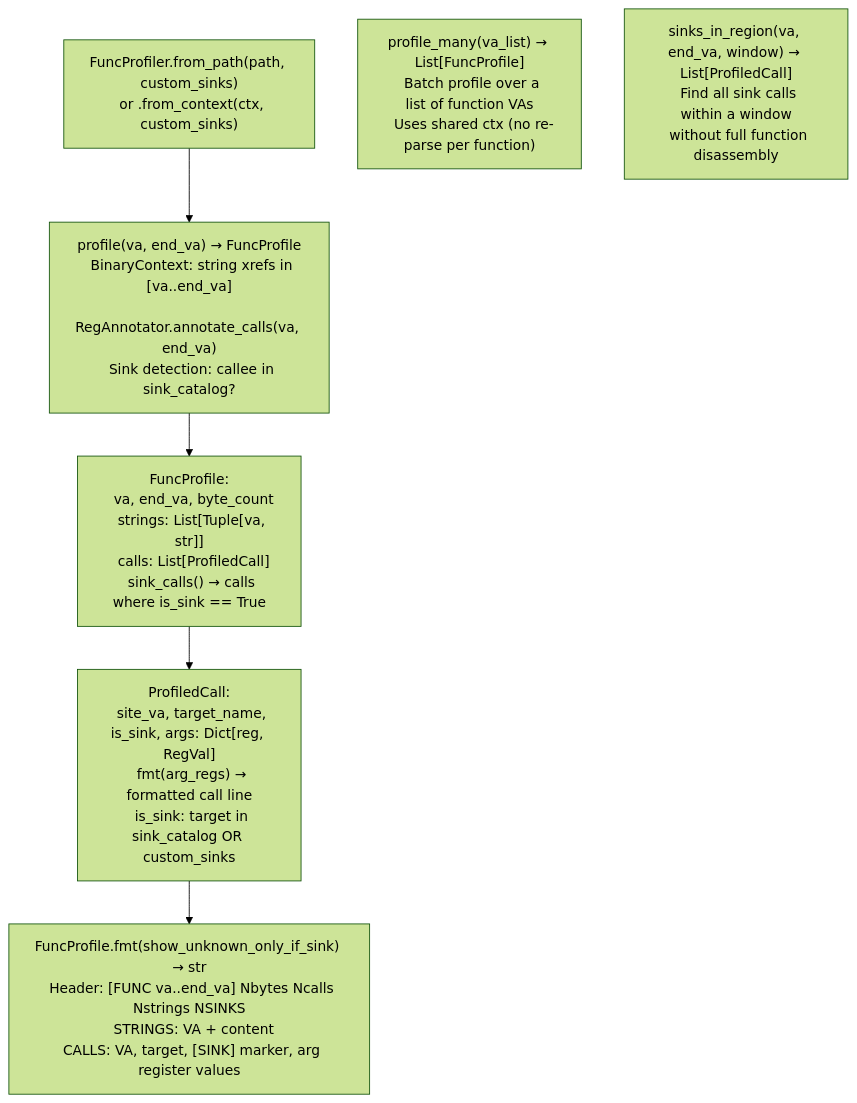
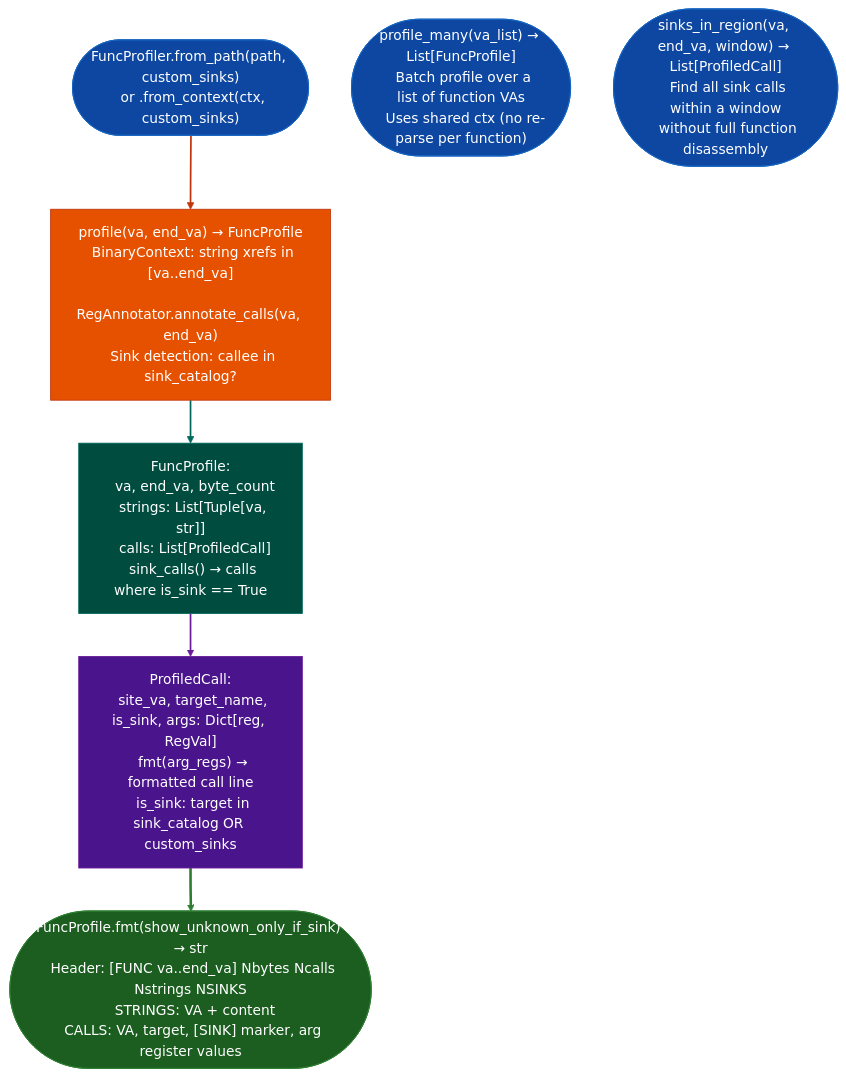
Before and after one commit to Ablation-Tool/ablation: the diagram in docs/reference-modules/single-function-profiling.md, drawn with Mermaid (forest theme). The commit also changed 320 other files, not shown here.

First line of the commit message:
docs: apply canonical Mermaid template to all 321 diagrams

````diff
--- a/docs/reference-modules/single-function-profiling.md
+++ b/docs/reference-modules/single-function-profiling.md
@@ -19,10 +19,20 @@
 ```mermaid
 flowchart TD
-    A["FuncProfiler.from_path(path, custom_sinks)\n  or .from_context(ctx, custom_sinks)"] --> B["profile(va, end_va) → FuncProfile\n  BinaryContext: string xrefs in [va..end_va]\n  RegAnnotator.annotate_calls(va, end_va)\n  Sink detection: callee in sink_catalog?"]
-    B --> C["FuncProfile:\n  va, end_va, byte_count\n  strings: List[Tuple[va, str]]\n  calls: List[ProfiledCall]\n  sink_calls() → calls where is_sink == True"]
-    C --> D["ProfiledCall:\n  site_va, target_name, is_sink, args: Dict[reg, RegVal]\n  fmt(arg_regs) → formatted call line\n  is_sink: target in sink_catalog OR custom_sinks"]
-    D --> E["FuncProfile.fmt(show_unknown_only_if_sink) → str\n  Header: [FUNC va..end_va] Nbytes Ncalls Nstrings NSINKS\n  STRINGS: VA + content\n  CALLS: VA, target, [SINK] marker, arg register values"]
+    A(["FuncProfiler.from_path(path, custom_sinks)\n  or .from_context(ctx, custom_sinks)"]):::input --> B["profile(va, end_va) → FuncProfile\n  BinaryContext: string xrefs in [va..end_va]\n  RegAnnotator.annotate_calls(va, end_va)\n  Sink detection: callee in sink_catalog?"]:::primary
+    B:::primary --> C["FuncProfile:\n  va, end_va, byte_count\n  strings: List[Tuple[va, str]]\n  calls: List[ProfiledCall]\n  sink_calls() → calls where is_sink == True"]:::secondary
+    C:::secondary --> D["ProfiledCall:\n  site_va, target_name, is_sink, args: Dict[reg, RegVal]\n  fmt(arg_regs) → formatted call line\n  is_sink: target in sink_catalog OR custom_sinks"]:::tertiary
+    D:::tertiary --> E(["FuncProfile.fmt(show_unknown_only_if_sink) → str\n  Header: [FUNC va..end_va] Nbytes Ncalls Nstrings NSINKS\n  STRINGS: VA + content\n  CALLS: VA, target, [SINK] marker, arg register values"]):::output
 
-    F["profile_many(va_list) → List[FuncProfile]\n  Batch profile over a list of function VAs\n  Uses shared ctx (no re-parse per function)"]
-    G["sinks_in_region(va, end_va, window) → List[ProfiledCall]\n  Find all sink calls within a window\n  without full function disassembly"]
+    F(["profile_many(va_list) → List[FuncProfile]\n  Batch profile over a list of function VAs\n  Uses shared ctx (no re-parse per function)"]):::input
+    G(["sinks_in_region(va, end_va, window) → List[ProfiledCall]\n  Find all sink calls within a window\n  without full function disassembly"]):::input
+    classDef input     fill:#0d47a1,stroke:#1565c0,color:#fff
+    classDef primary   fill:#e65100,stroke:#bf360c,color:#fff
+    classDef secondary fill:#004d40,stroke:#00695c,color:#fff
+    classDef tertiary  fill:#4a148c,stroke:#6a1b9a,color:#fff
+    classDef neutral   fill:#37474f,stroke:#546e7a,color:#fff
+    classDef output    fill:#1b5e20,stroke:#2e7d32,color:#fff
+    linkStyle 0 stroke:#bf360c,stroke-width:2px
+    linkStyle 1 stroke:#00695c,stroke-width:2px
+    linkStyle 2 stroke:#6a1b9a,stroke-width:2px
+    linkStyle 3 stroke:#2e7d32,stroke-width:3px
 ```
````
